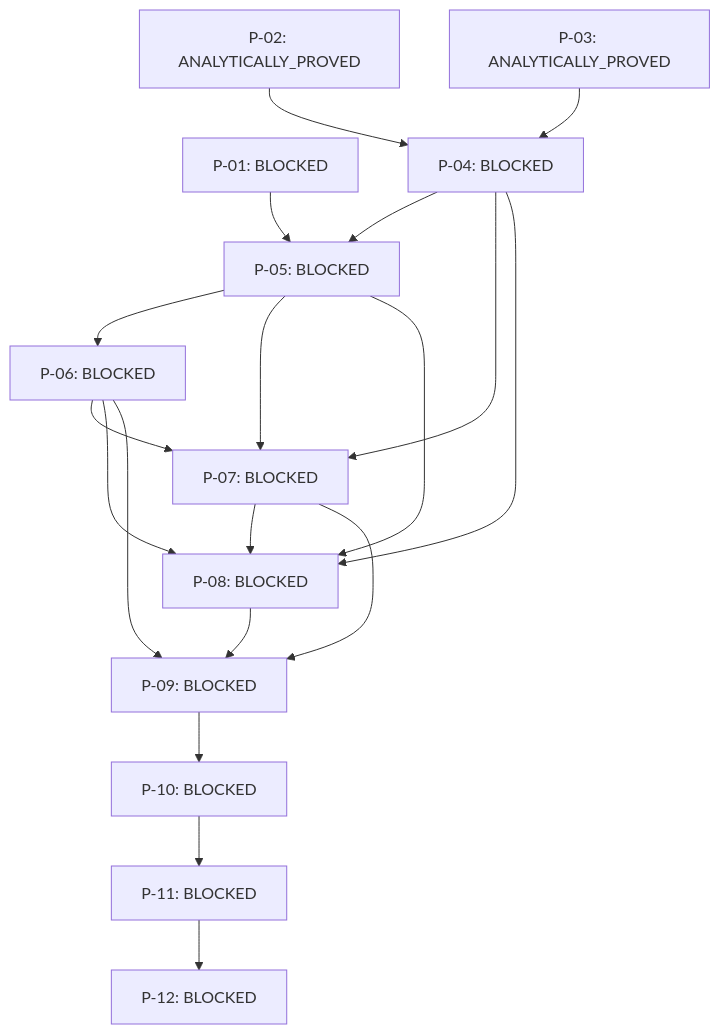
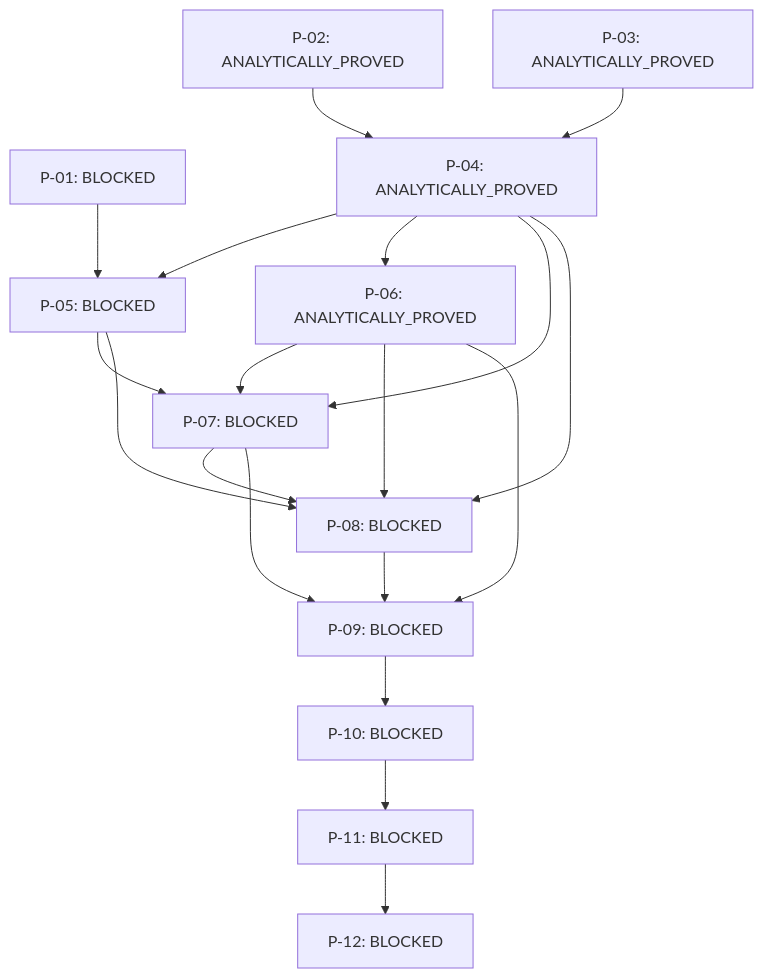
One commit to EnriqueDiazO/symbolic-operator-calculus changed the diagram in docs/FIRST_PIVOT_CLOSURE_GRAPH.md. Above: the diagram before and after it, drawn with Mermaid. The commit also changed other lines of this file and 13 other files, not shown here.

````diff
--- a/docs/FIRST_PIVOT_CLOSURE_GRAPH.md
+++ b/docs/FIRST_PIVOT_CLOSURE_GRAPH.md
@@ -8,33 +9,33 @@
 ```mermaid
 flowchart TD
     P_01["P-01: BLOCKED"]
     P_02["P-02: ANALYTICALLY_PROVED"]
     P_03["P-03: ANALYTICALLY_PROVED"]
-    P_04["P-04: BLOCKED"]
+    P_04["P-04: ANALYTICALLY_PROVED"]
     P_02 --> P_04
     P_03 --> P_04
     P_05["P-05: BLOCKED"]
     P_01 --> P_05
     P_04 --> P_05
-    P_06["P-06: BLOCKED"]
-    P_05 --> P_06
+    P_06["P-06: ANALYTICALLY_PROVED"]
+    P_04 --> P_06
     P_07["P-07: BLOCKED"]
     P_04 --> P_07
     P_05 --> P_07
     P_06 --> P_07
     P_08["P-08: BLOCKED"]
     P_04 --> P_08
     P_05 --> P_08
     P_06 --> P_08
     P_07 --> P_08
     P_09["P-09: BLOCKED"]
     P_06 --> P_09
     P_07 --> P_09
     P_08 --> P_09
     P_10["P-10: BLOCKED"]
     P_09 --> P_10
     P_11["P-11: BLOCKED"]
     P_10 --> P_11
     P_12["P-12: BLOCKED"]
     P_11 --> P_12
 ```
````
